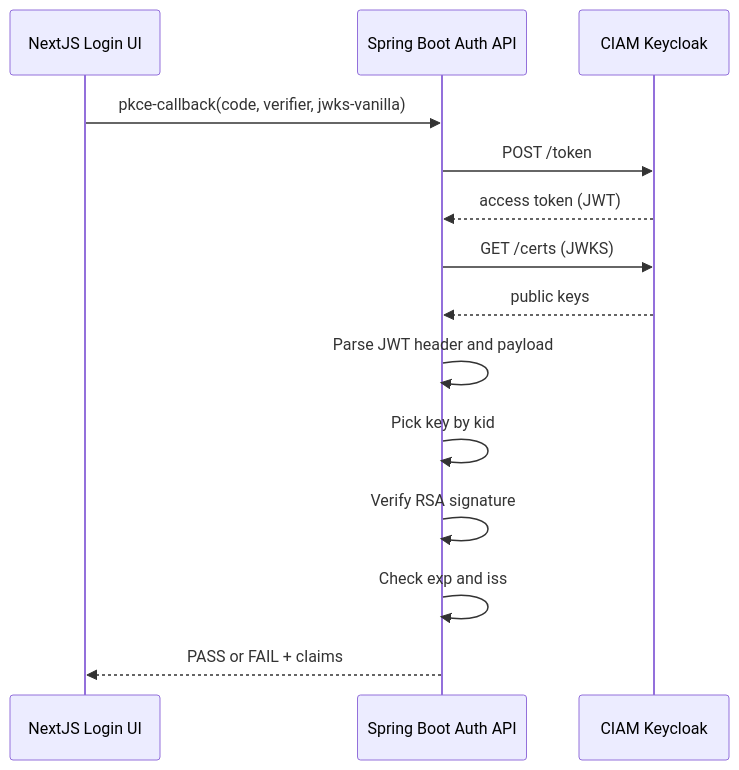
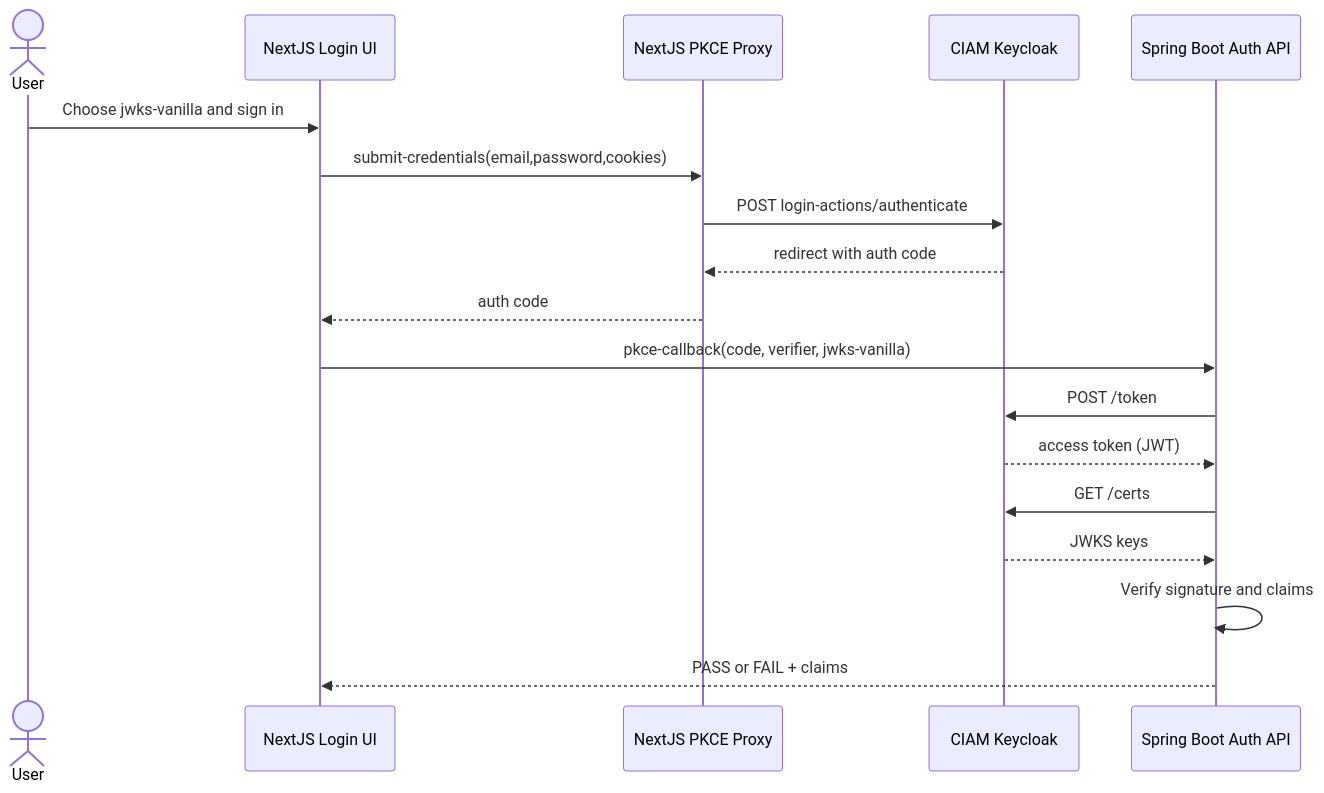
Before and after one commit to jackzhaojin/ciam-demo: the second of 5 diagrams in auth-patterns.md, drawn with Mermaid. The commit also changed other lines of this file, not shown here.

Commit message:
Fix PKCE strategy diagrams to include Next.js proxy password post

````diff
--- a/auth-patterns.md
+++ b/auth-patterns.md
@@ -32,17 +32,21 @@
 ```mermaid
 sequenceDiagram
+    actor User
     participant Browser as NextJS Login UI
+    participant NextAPI as NextJS PKCE Proxy
+    participant CIAM as CIAM Keycloak
     participant Java as Spring Boot Auth API
-    participant CIAM as CIAM Keycloak
 
+    User->>Browser: Choose jwks-vanilla and sign in
+    Browser->>NextAPI: submit-credentials(email,password,cookies)
+    NextAPI->>CIAM: POST login-actions/authenticate
+    CIAM-->>NextAPI: redirect with auth code
+    NextAPI-->>Browser: auth code
     Browser->>Java: pkce-callback(code, verifier, jwks-vanilla)
     Java->>CIAM: POST /token
     CIAM-->>Java: access token (JWT)
-    Java->>CIAM: GET /certs (JWKS)
-    CIAM-->>Java: public keys
-    Java->>Java: Parse JWT header and payload
-    Java->>Java: Pick key by kid
-    Java->>Java: Verify RSA signature
-    Java->>Java: Check exp and iss
+    Java->>CIAM: GET /certs
+    CIAM-->>Java: JWKS keys
+    Java->>Java: Verify signature and claims
     Java-->>Browser: PASS or FAIL + claims
 ```
````
